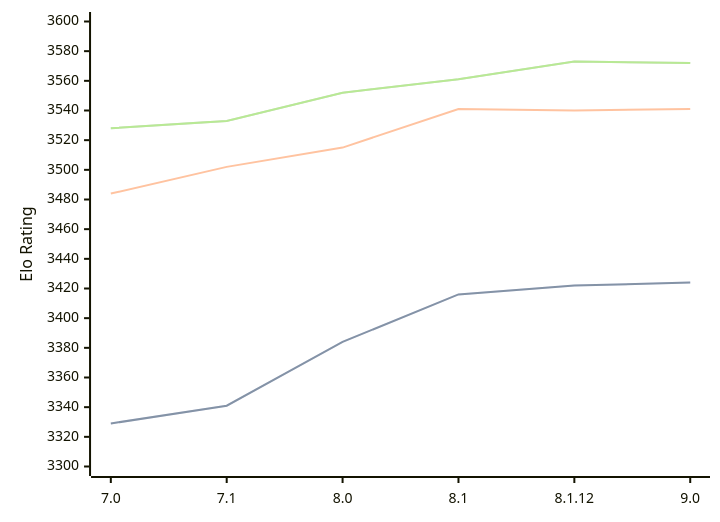
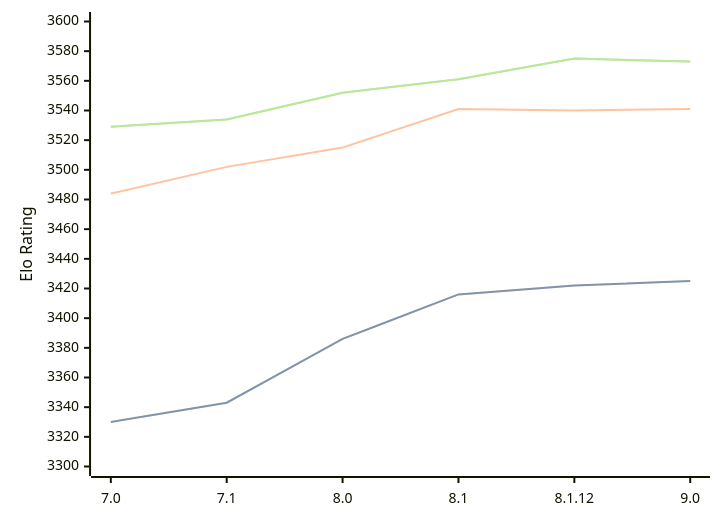
One commit to computer-chess-index/cci changed the diagram in engines/Alexandria.md. Above: the diagram before and after it, drawn with Mermaid. The commit also changed other lines of this file, not shown here.

Commit message:
Update CCI Ratings (ELO VLTC) - 2026-08-20

````diff
--- a/engines/Alexandria.md
+++ b/engines/Alexandria.md
@@ -36,11 +36,11 @@
 ```mermaid
 %%{init: {"theme":"base","themeVariables":{"seriesColors:['#a3a3a3','#222221','#faa371']}}}%%
 xychart-beta
   x-axis ["7.0", "7.1", "8.0", "8.1", "8.1.12", "9.0"]
   y-axis "Elo Rating" 3300 --> 3600
-  line "STC (8.0+0.08s)" [3329, 3341, 3384, 3416, 3422, 3424]
-  line "STC (8.0+0.08s)" [3329, 3341, 3384, 3416, 3422, 3424]
+  line "STC (8.0+0.08s)" [3330, 3343, 3386, 3416, 3422, 3425]
+  line "STC (8.0+0.08s)" [3330, 3343, 3386, 3416, 3422, 3425]
   line "LTC (60.0+0.60s)" [3484, 3502, 3515, 3541, 3540, 3541]
-  line "VLTC (2m24s+1.12s)" [3528, 3533, 3552, 3561, 3573, 3572]
-  line "VLTC (2m24s+1.12s)" [3528, 3533, 3552, 3561, 3573, 3572]
+  line "VLTC (2m24s+1.12s)" [3529, 3534, 3552, 3561, 3575, 3573]
+  line "VLTC (2m24s+1.12s)" [3529, 3534, 3552, 3561, 3575, 3573]
 ```
````
